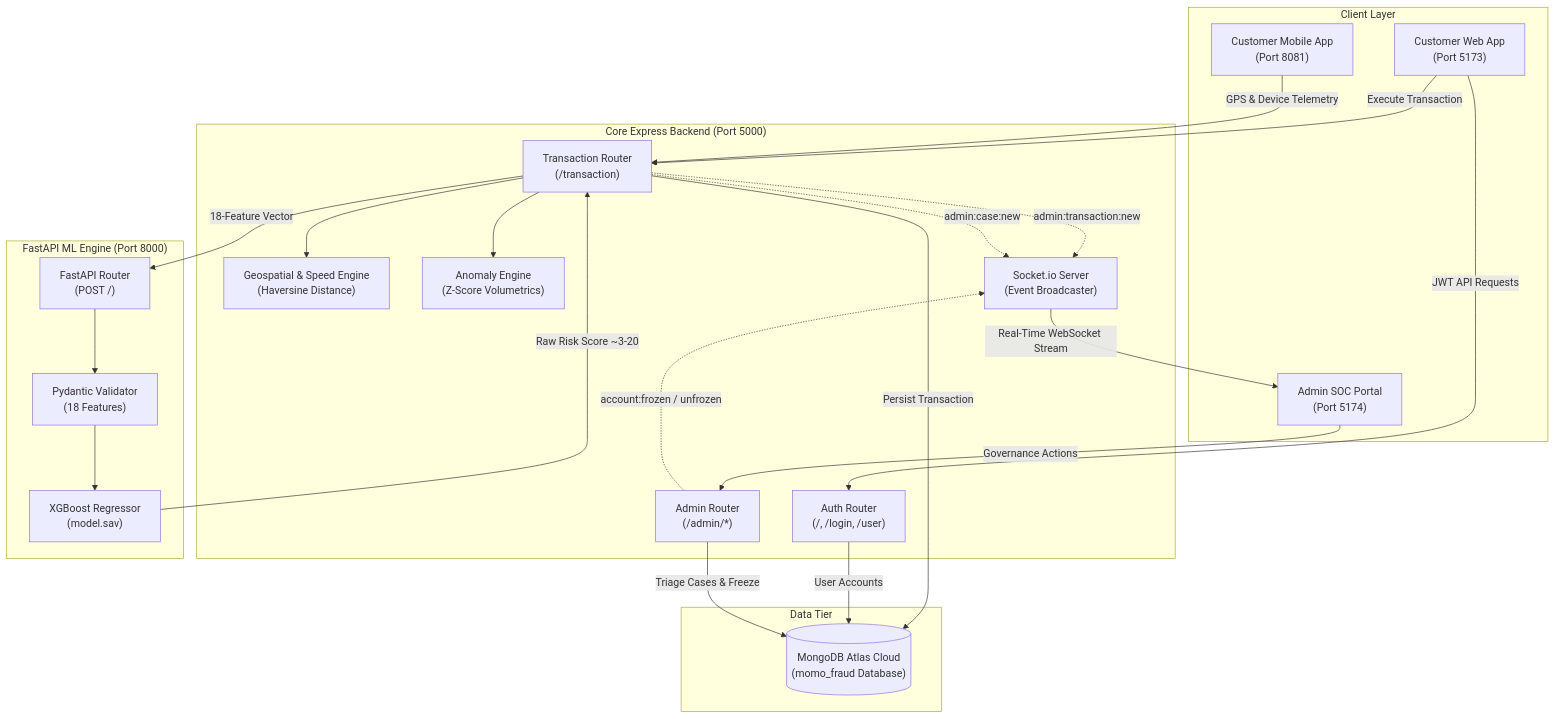
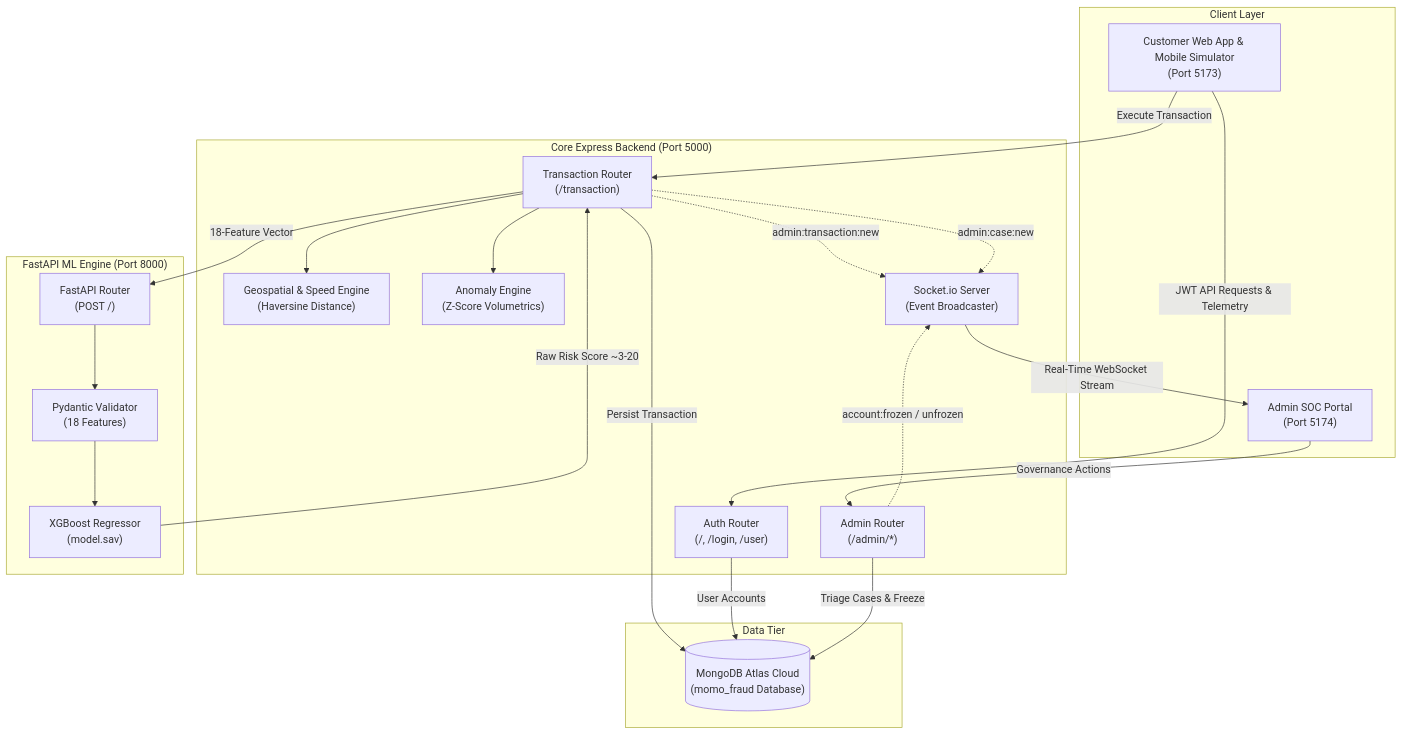
One commit to heyywillz/Simulated-Mobile-Money-Platform-with-ML-Fraud-Detection changed the first of 3 diagrams in README.md. Above: the diagram before and after it, drawn with Mermaid. The commit also changed other lines of this file and 52 other files, not shown here.

Commit message:
feat: complete research deliverables, presentation slides, and clean architecture

````diff
--- a/README.md
+++ b/README.md
@@ -74,47 +72,45 @@
 ```mermaid
 flowchart TB
     subgraph Clients["Client Layer"]
-        WC["Customer Web App\n(Port 5173)"]
-        MC["Customer Mobile App\n(Port 8081)"]
+        WC["Customer Web App & Mobile Simulator\n(Port 5173)"]
         AP["Admin SOC Portal\n(Port 5174)"]
     end
 
     subgraph Backend["Core Express Backend (Port 5000)"]
         AUTH["Auth Router\n(/, /login, /user)"]
         TXN["Transaction Router\n(/transaction)"]
         ADMIN["Admin Router\n(/admin/*)"]
         GEO["Geospatial & Speed Engine\n(Haversine Distance)"]
         ANOM["Anomaly Engine\n(Z-Score Volumetrics)"]
         SIO["Socket.io Server\n(Event Broadcaster)"]
     end
 
     subgraph MLEngine["FastAPI ML Engine (Port 8000)"]
         FROUTER["FastAPI Router\n(POST /)"]
         PYD["Pydantic Validator\n(18 Features)"]
         MODEL["XGBoost Regressor\n(model.sav)"]
     end
 
     subgraph Storage["Data Tier"]
         ATLAS[("MongoDB Atlas Cloud\n(momo_fraud Database)")]
     end
 
-    WC -->|JWT API Requests| AUTH
+    WC -->|JWT API Requests & Telemetry| AUTH
     WC -->|Execute Transaction| TXN
-    MC -->|GPS & Device Telemetry| TXN
     AP -->|Governance Actions| ADMIN
 
     TXN --> GEO
     TXN --> ANOM
     TXN -->|18-Feature Vector| FROUTER
     FROUTER --> PYD --> MODEL
     MODEL -->|Raw Risk Score ~3-20| TXN
 
     TXN -->|Persist Transaction| ATLAS
     AUTH -->|User Accounts| ATLAS
     ADMIN -->|Triage Cases & Freeze| ATLAS
 
     TXN -.->|admin:transaction:new| SIO
     TXN -.->|admin:case:new| SIO
     ADMIN -.->|account:frozen / unfrozen| SIO
     SIO -->|Real-Time WebSocket Stream| AP
 ```
````
